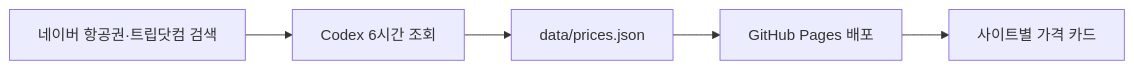
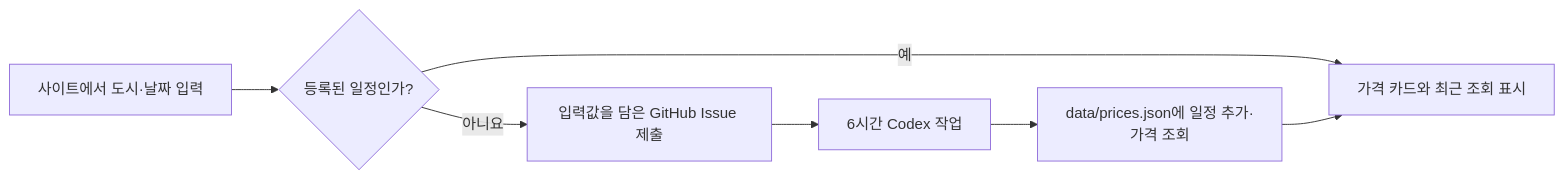
One commit to GagulProject/flight-price-tracker changed the diagram in docs/projects/flight-price-tracker/plan.md. Above: the diagram before and after it, drawn with Mermaid. The commit also changed other lines of this file and 7 other files, not shown here.

````diff
--- a/docs/projects/flight-price-tracker/plan.md
+++ b/docs/projects/flight-price-tracker/plan.md
@@ -5,7 +3,9 @@
 ```mermaid
 flowchart LR
-  A[네이버 항공권·트립닷컴 검색] --> B[Codex 6시간 조회]
-  B --> C[data/prices.json]
-  C --> D[GitHub Pages 배포]
-  D --> E[사이트별 가격 카드]
+  A[사이트에서 도시·날짜 입력] --> B{등록된 일정인가?}
+  B -->|예| C[가격 카드와 최근 조회 표시]
+  B -->|아니요| D[입력값을 담은 GitHub Issue 제출]
+  D --> E[6시간 Codex 작업]
+  E --> F[data/prices.json에 일정 추가·가격 조회]
+  F --> C
 ```
````
